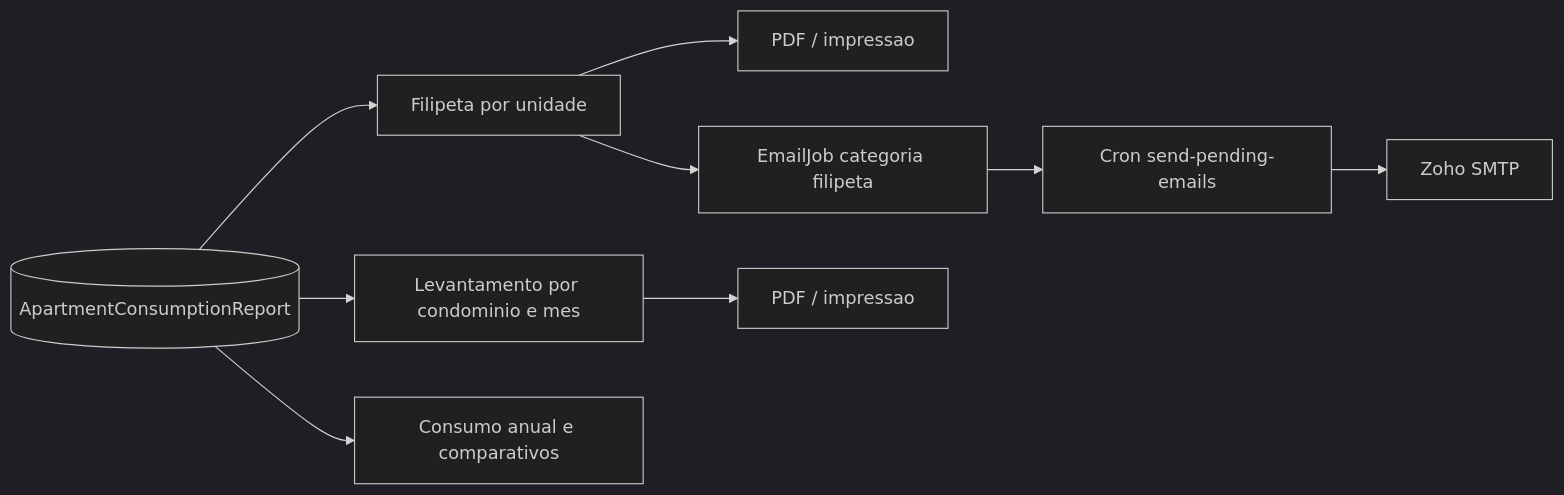
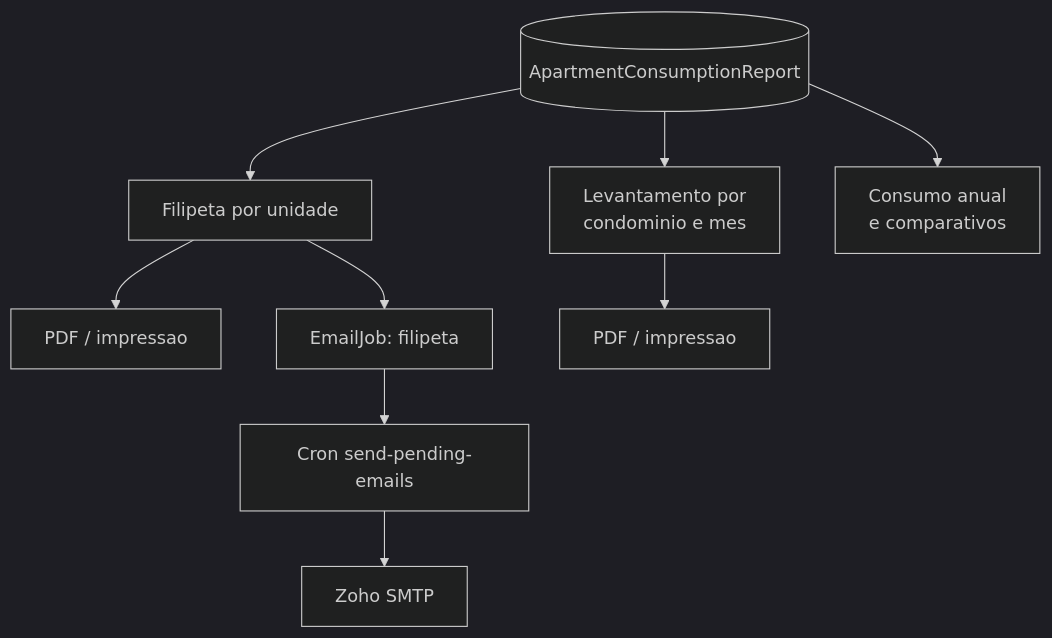
The seventh of 14 diagrams in docs/FLUXOGRAMA-SISTEMA.md (tiacquax-web/AcquaXcontrol), drawn with Mermaid (dark theme) before and after one commit. The commit also changed other lines of this file and 1 other file, not shown here.

First line of the commit message:
docs(sistema): diagramas reajustados para nao ficarem cortados

````diff
--- a/docs/FLUXOGRAMA-SISTEMA.md
+++ b/docs/FLUXOGRAMA-SISTEMA.md
@@ -313,11 +319,11 @@
 ```mermaid
-flowchart LR
+flowchart TB
   ACR[(ApartmentConsumptionReport)] --> FL[Filipeta por unidade]
-  ACR --> LEV[Levantamento por condominio e mes]
-  ACR --> ANU[Consumo anual e comparativos]
+  ACR --> LEV[Levantamento por<br/>condominio e mes]
+  ACR --> ANU[Consumo anual<br/>e comparativos]
   FL --> PDF1[PDF / impressao]
   LEV --> PDF2[PDF / impressao]
-  FL --> EMJ[EmailJob categoria filipeta]
+  FL --> EMJ[EmailJob: filipeta]
   EMJ --> CRON[Cron send-pending-emails]
   CRON --> ZOHO[Zoho SMTP]
 ```
````
